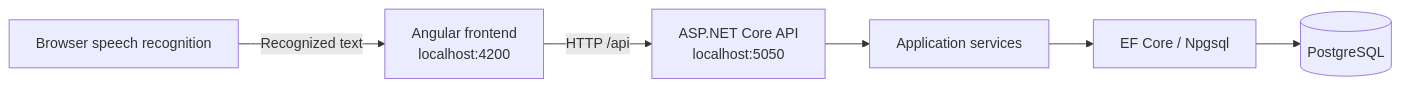
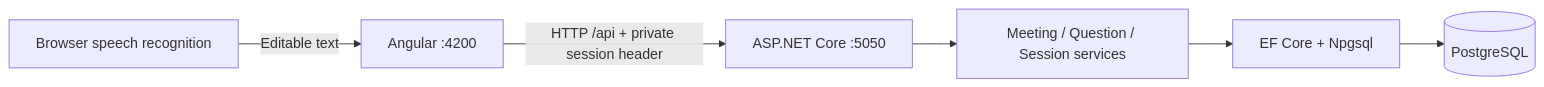
The diagram in README.md (abhiilekhborah/Smart-Meeting-Origanizer), drawn with Mermaid before and after one commit. The commit also changed other lines of this file and 54 other files, not shown here.

````diff
--- a/README.md
+++ b/README.md
@@ -23,8 +21,8 @@
 ```mermaid
 flowchart LR
-    A[Angular frontend<br/>localhost:4200] -->|HTTP /api| B[ASP.NET Core API<br/>localhost:5050]
-    B --> C[Application services]
-    C --> D[EF Core / Npgsql]
+    A[Angular :4200] -->|HTTP /api + private session header| B[ASP.NET Core :5050]
+    B --> C[Meeting / Question / Session services]
+    C --> D[EF Core + Npgsql]
     D --> E[(PostgreSQL)]
-    F[Browser speech recognition] -->|Recognized text| A
+    F[Browser speech recognition] -->|Editable text| A
 ```
````
